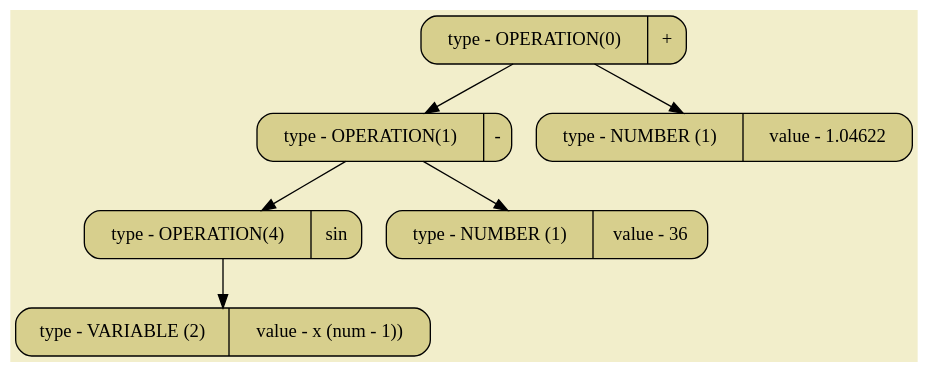
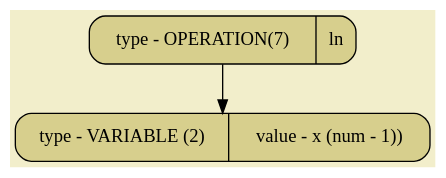
Before and after one commit to SashaKhaytina/Differenciator: the diagram in all_dumps/pictures/image02.dot, drawn with Graphviz. The commit also changed 28 other files, not shown here.

```diff
--- a/all_dumps/pictures/image02.dot
+++ b/all_dumps/pictures/image02.dot
@@ -1,16 +1,8 @@
 digraph
 {
 bgcolor="#F2EECB";
 rankdir = TB;
-POINT_0x64d470c4d860[shape=Mrecord, label = "type - OPERATION(0) | +", style="filled",fillcolor="#D7CF8D"]
-POINT_0x64d470c4d6e0[shape=Mrecord, label = "type - OPERATION(1) | -", style="filled",fillcolor="#D7CF8D"]
-POINT_0x64d470c4d600[shape=Mrecord, label = "type - OPERATION(4) | sin", style="filled",fillcolor="#D7CF8D"]
-POINT_0x64d470c4d680[shape=Mrecord, label = "type - VARIABLE (2) | value - x (num - 1))", style="filled",fillcolor="#D7CF8D"]
-POINT_0x64d470c4d740[shape=Mrecord, label = "type - NUMBER (1) | value - 36", style="filled",fillcolor="#D7CF8D"]
-POINT_0x64d470c4da90[shape=Mrecord, label = "type - NUMBER (1) | value - 1.04622", style="filled",fillcolor="#D7CF8D"]
-POINT_0x64d470c4d860 -> POINT_0x64d470c4d6e0
-POINT_0x64d470c4d860 -> POINT_0x64d470c4da90
-POINT_0x64d470c4d6e0 -> POINT_0x64d470c4d600
-POINT_0x64d470c4d6e0 -> POINT_0x64d470c4d740
-POINT_0x64d470c4d600 -> POINT_0x64d470c4d680
+POINT_0x55c3e31004f0[shape=Mrecord, label = "type - OPERATION(7) | ln", style="filled",fillcolor="#D7CF8D"]
+POINT_0x55c3e3100570[shape=Mrecord, label = "type - VARIABLE (2) | value - x (num - 1))", style="filled",fillcolor="#D7CF8D"]
+POINT_0x55c3e31004f0 -> POINT_0x55c3e3100570
 }
```
